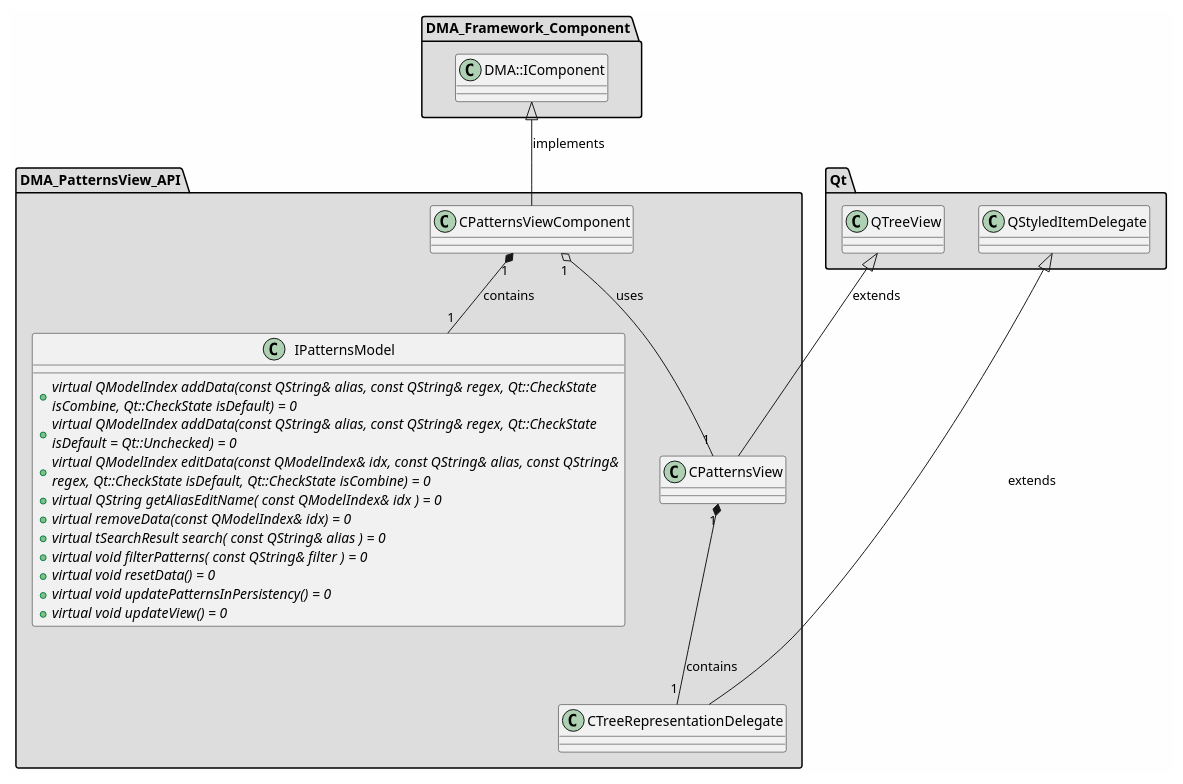
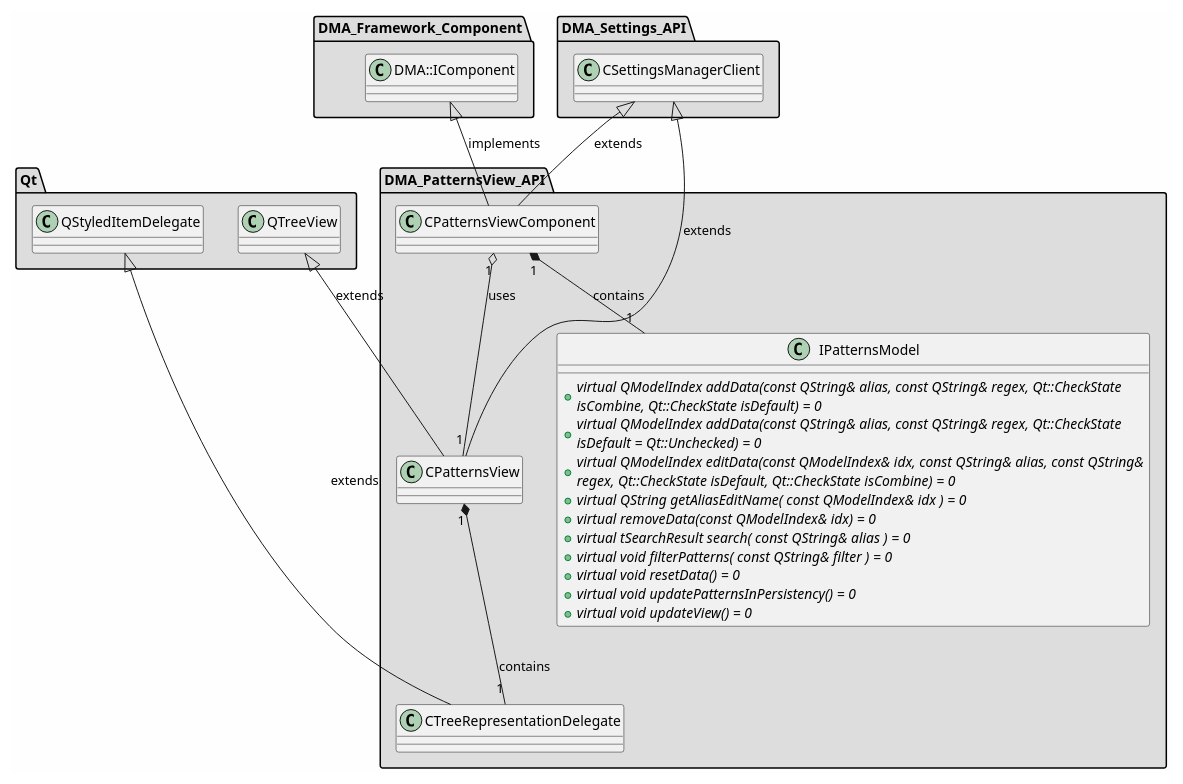
Before and after one commit to svlad-90/DLT-Message-Analyzer: the diagram in md/dev_docs/puml/DMA_PatternsView_API_standalone.puml, drawn with PlantUML. The commit also changed 129 other files, not shown here.

First line of the commit message:
[ISSUE #111][COMPONENTS] Introduce components architecture in the project

```diff
--- a/md/dev_docs/puml/DMA_PatternsView_API_standalone.puml
+++ b/md/dev_docs/puml/DMA_PatternsView_API_standalone.puml
@@ -2,68 +2,79 @@
 @startuml
 
 skinparam backgroundColor #FEFEFE
 skinparam wrapWidth 600
 package "DMA_Framework_Component" #DDDDDD
 {
 
 class "DMA::IComponent"
 {
 }
 
 }
 
 package "DMA_PatternsView_API" #DDDDDD
 {
 
 class "CPatternsView"
 {
 }
 
 class "CPatternsViewComponent"
 {
 }
 
 class "CTreeRepresentationDelegate"
 {
 }
 
 class "IPatternsModel"
 {
     + {abstract} virtual QModelIndex addData(const QString& alias, const QString& regex, Qt::CheckState isCombine, Qt::CheckState isDefault) = 0
     + {abstract} virtual QModelIndex addData(const QString& alias, const QString& regex, Qt::CheckState isDefault = Qt::Unchecked) = 0
     + {abstract} virtual QModelIndex editData(const QModelIndex& idx, const QString& alias, const QString& regex, Qt::CheckState isDefault, Qt::CheckState isCombine) = 0
     + {abstract} virtual QString getAliasEditName( const QModelIndex& idx ) = 0
     + {abstract} virtual removeData(const QModelIndex& idx) = 0
     + {abstract} virtual tSearchResult search( const QString& alias ) = 0
     + {abstract} virtual void filterPatterns( const QString& filter ) = 0
     + {abstract} virtual void resetData() = 0
     + {abstract} virtual void updatePatternsInPersistency() = 0
     + {abstract} virtual void updateView() = 0
 }
 
 }
 
+package "DMA_Settings_API" #DDDDDD
+{
+
+class "CSettingsManagerClient"
+{
+}
+
+}
+
 package "Qt" #DDDDDD
 {
 
 class "QStyledItemDelegate"
 {
 }
 
 class "QTreeView"
 {
 }
 
 }
 
 '====================Inheritance section====================
+CSettingsManagerClient <|-- CPatternsView : extends
 QTreeView <|-- CPatternsView : extends
+CSettingsManagerClient <|-- CPatternsViewComponent : extends
 DMA::IComponent <|-- CPatternsViewComponent : implements
 QStyledItemDelegate <|-- CTreeRepresentationDelegate : extends
 
 '====================Dependencies section====================
 CPatternsView "1" *-- "1" CTreeRepresentationDelegate : contains
 CPatternsViewComponent "1" o-- "1" CPatternsView : uses
 CPatternsViewComponent "1" *-- "1" IPatternsModel : contains
 
 @enduml
```
